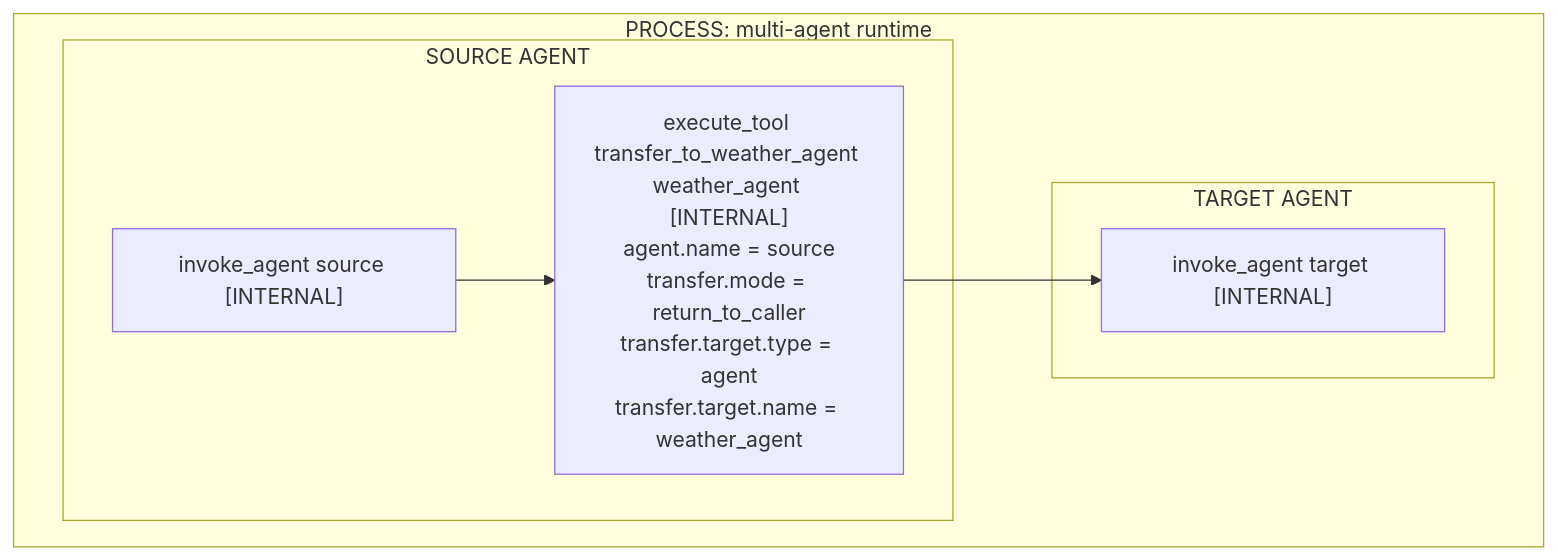
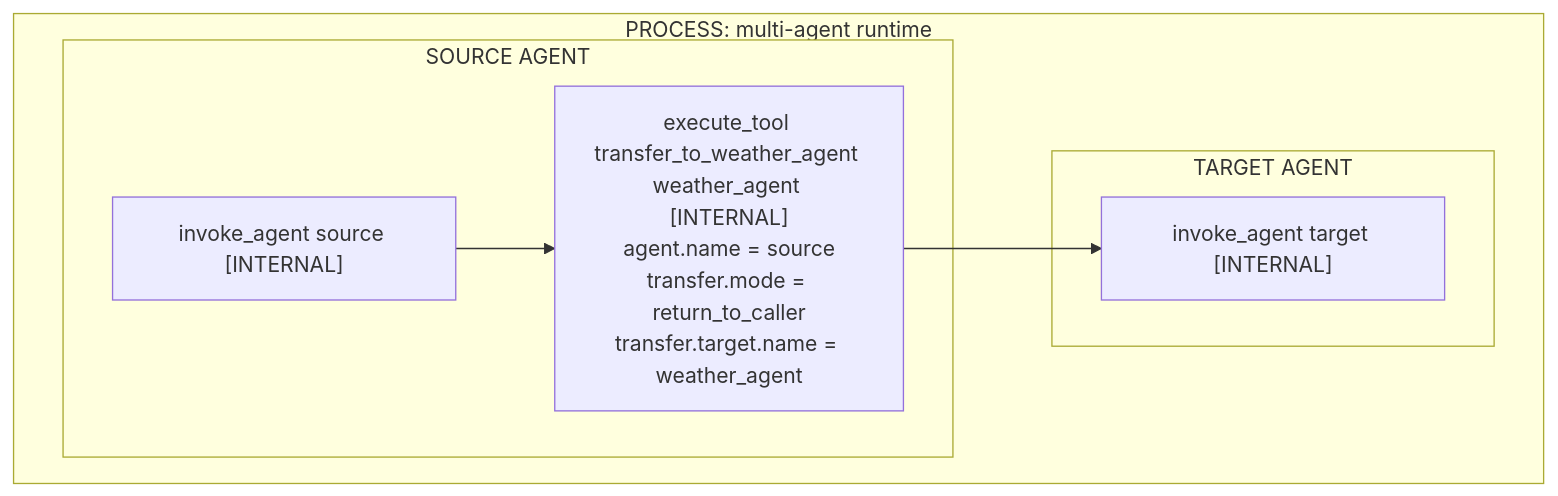
One commit to nikhilNava/semantic-conventions-genai changed the first of 2 diagrams in docs/gen-ai/non-normative/examples-agent-interactions.md. Above: the diagram before and after it, drawn with Mermaid. The commit also changed other lines of this file and 11 other files, not shown here.

Commit message:
Remove redundant transfer target type

````diff
--- a/docs/gen-ai/non-normative/examples-agent-interactions.md
+++ b/docs/gen-ai/non-normative/examples-agent-interactions.md
@@ -27,15 +27,15 @@
 ```mermaid
 flowchart LR
   subgraph P["PROCESS: multi-agent runtime"]
     direction LR
     subgraph S["SOURCE AGENT"]
       S1["invoke_agent source [INTERNAL]"]
-      S2["execute_tool transfer_to_weather_agent weather_agent [INTERNAL]<br/>agent.name = source<br/>transfer.mode = return_to_caller<br/>transfer.target.type = agent<br/>transfer.target.name = weather_agent"]
+      S2["execute_tool transfer_to_weather_agent weather_agent [INTERNAL]<br/>agent.name = source<br/>transfer.mode = return_to_caller<br/>transfer.target.name = weather_agent"]
       S1 --> S2
     end
     subgraph T["TARGET AGENT"]
       T1["invoke_agent target [INTERNAL]"]
     end
     S2 --> T1
   end
 ```
````
